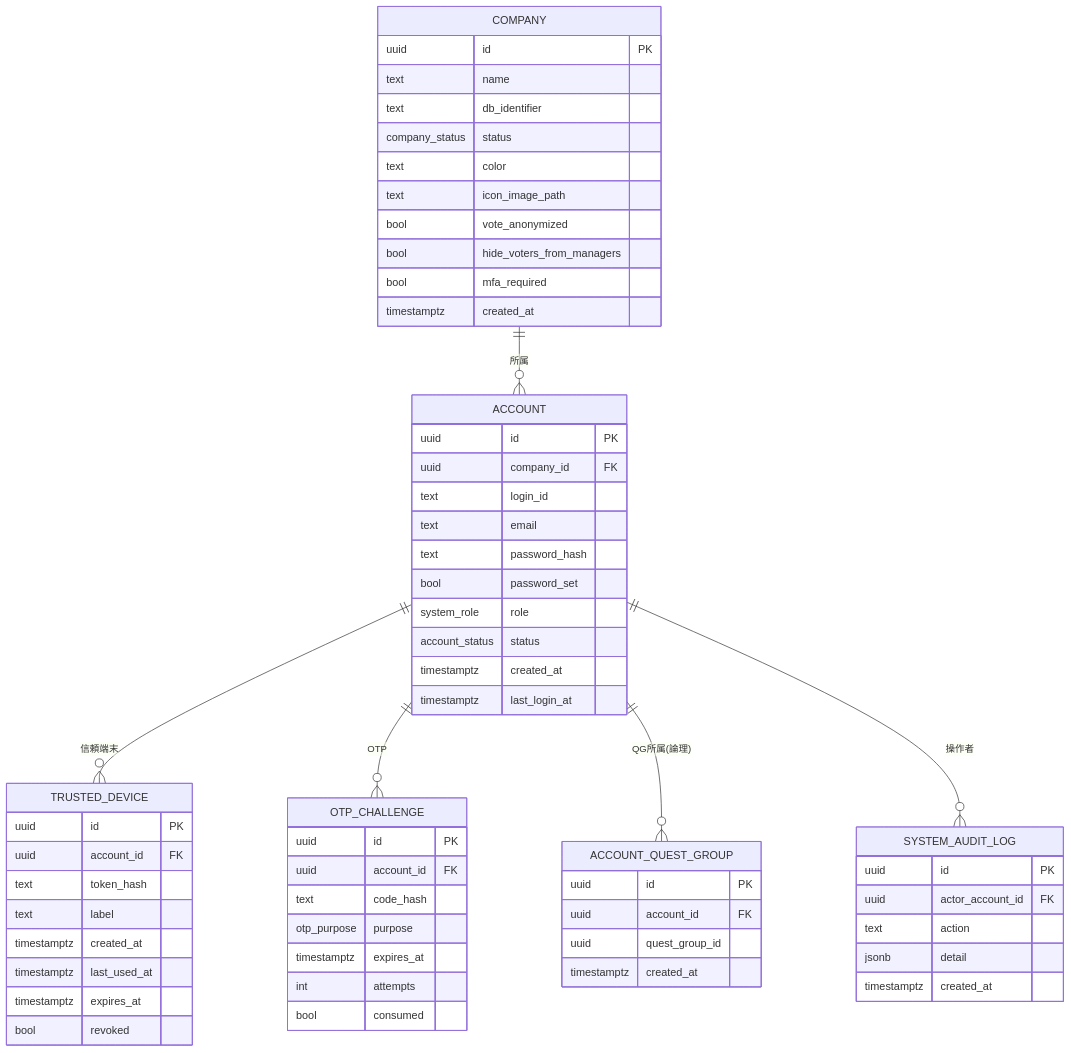
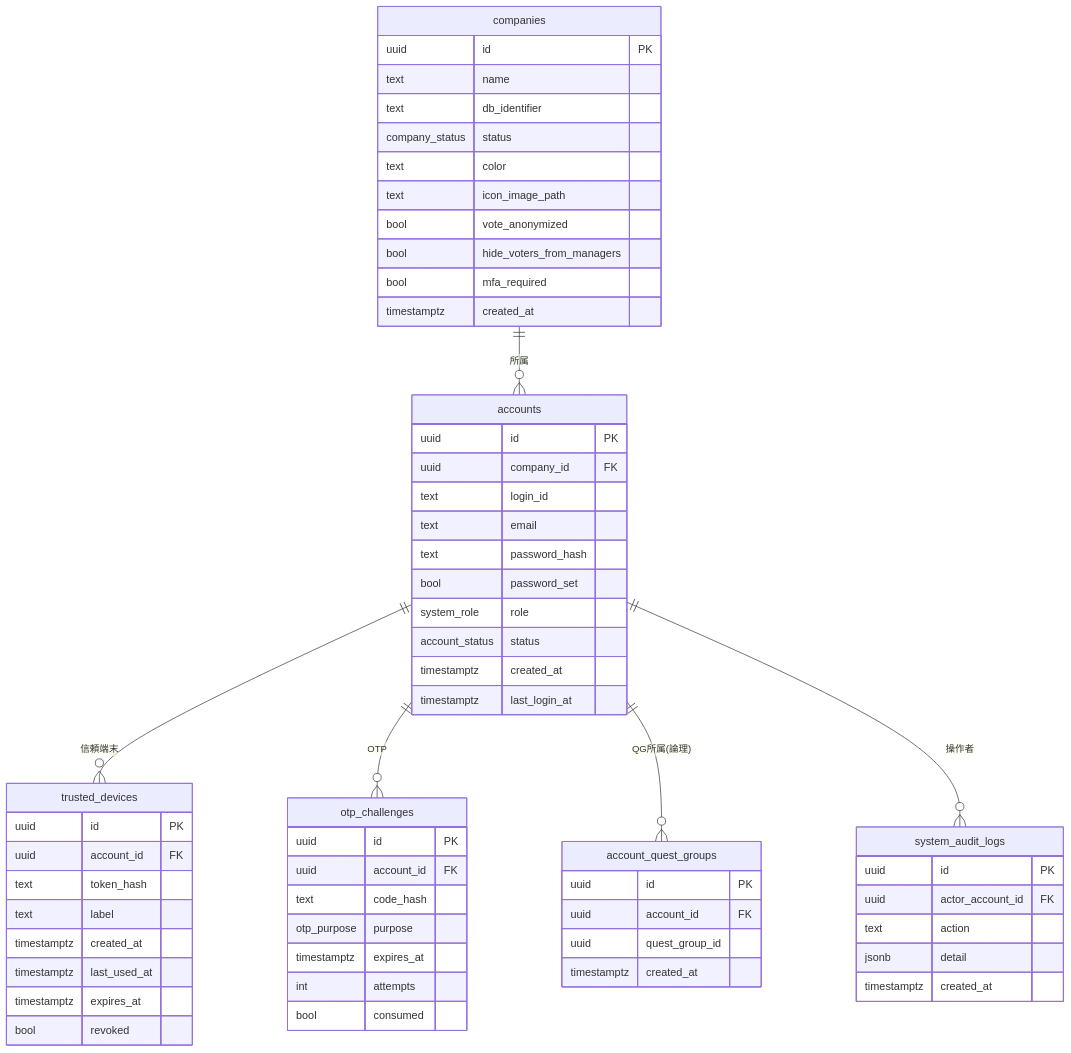
Before and after one commit to t-umekawa-sc/sc-ideaquest-G2: the second of 4 diagrams in doc/データモデル.md, drawn with Mermaid. The commit also changed other lines of this file, not shown here.

````diff
--- a/doc/データモデル.md
+++ b/doc/データモデル.md
@@ -102,65 +105,65 @@
 ```mermaid
 erDiagram
-  COMPANY ||--o{ ACCOUNT : "所属"
-  ACCOUNT ||--o{ TRUSTED_DEVICE : "信頼端末"
-  ACCOUNT ||--o{ OTP_CHALLENGE : "OTP"
-  ACCOUNT ||--o{ ACCOUNT_QUEST_GROUP : "QG所属(論理)"
-  ACCOUNT ||--o{ SYSTEM_AUDIT_LOG : "操作者"
+  companies ||--o{ accounts : "所属"
+  accounts ||--o{ trusted_devices : "信頼端末"
+  accounts ||--o{ otp_challenges : "OTP"
+  accounts ||--o{ account_quest_groups : "QG所属(論理)"
+  accounts ||--o{ system_audit_logs : "操作者"
 
-  COMPANY {
+  companies {
     uuid id PK
     text name
     text db_identifier
     company_status status
     text color
     text icon_image_path
     bool vote_anonymized
     bool hide_voters_from_managers
     bool mfa_required
     timestamptz created_at
   }
-  ACCOUNT {
+  accounts {
     uuid id PK
     uuid company_id FK
     text login_id
     text email
     text password_hash
     bool password_set
     system_role role
     account_status status
     timestamptz created_at
     timestamptz last_login_at
   }
-  TRUSTED_DEVICE {
+  trusted_devices {
     uuid id PK
     uuid account_id FK
     text token_hash
     text label
     timestamptz created_at
     timestamptz last_used_at
     timestamptz expires_at
     bool revoked
   }
-  OTP_CHALLENGE {
+  otp_challenges {
     uuid id PK
     uuid account_id FK
     text code_hash
     otp_purpose purpose
     timestamptz expires_at
     int attempts
     bool consumed
   }
-  ACCOUNT_QUEST_GROUP {
+  account_quest_groups {
     uuid id PK
     uuid account_id FK
     uuid quest_group_id
     timestamptz created_at
   }
-  SYSTEM_AUDIT_LOG {
+  system_audit_logs {
     uuid id PK
     uuid actor_account_id FK
     text action
     jsonb detail
     timestamptz created_at
   }
 ```
````
